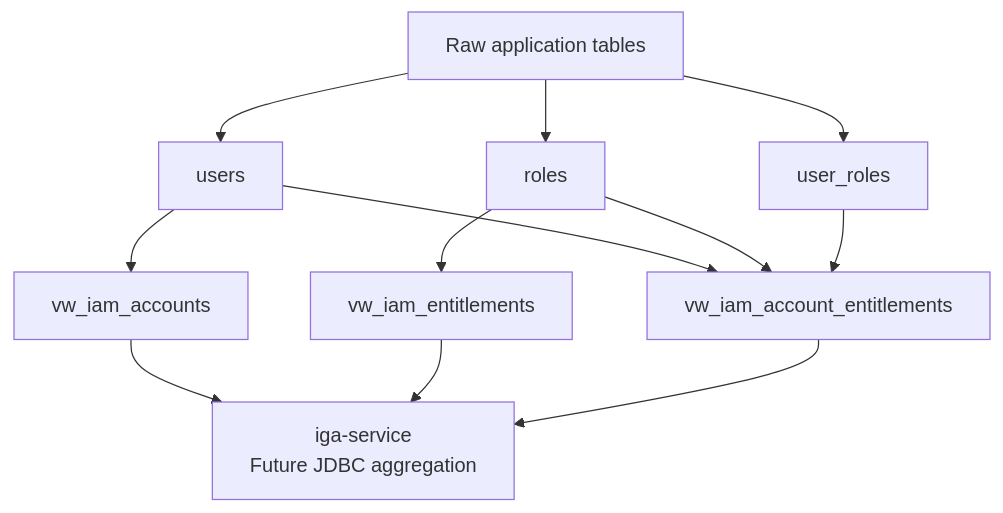
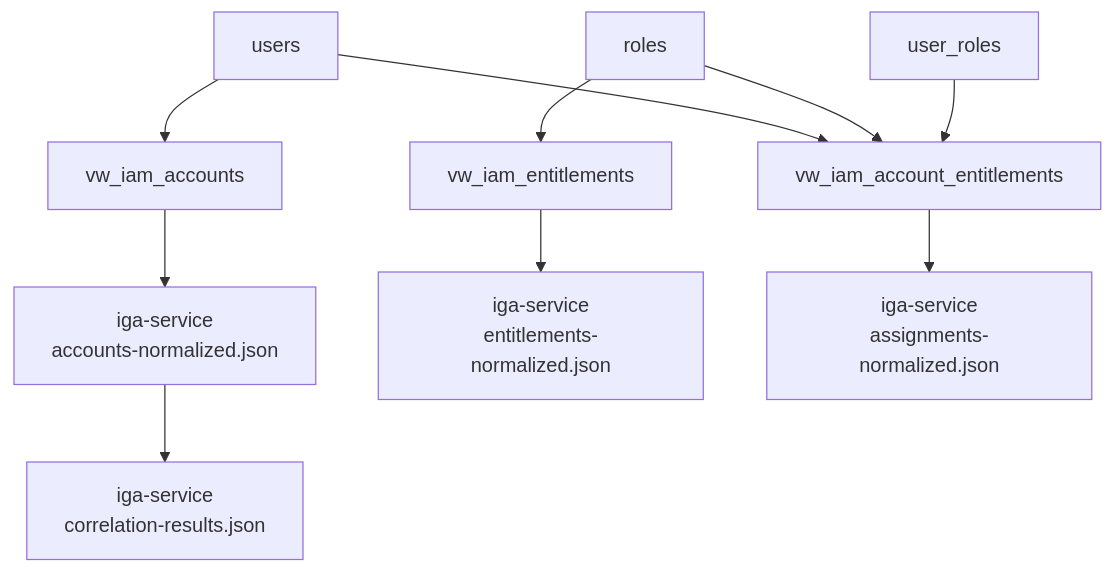
The second of 8 diagrams in apps/jdbc-target/docs/diagrams.md (i-m-rish/luffy), drawn with Mermaid before and after one commit. The commit also changed other lines of this file, not shown here.

Commit message:
Update JDBC diagrams with IGA normalized data flow

````diff
--- a/apps/jdbc-target/docs/diagrams.md
+++ b/apps/jdbc-target/docs/diagrams.md
@@ -32,27 +32,22 @@
 ```mermaid
 flowchart TD
-    RAW[Raw application tables]
     USERS[users]
     ROLES[roles]
     USERROLES[user_roles]
 
     VIEW1[vw_iam_accounts]
     VIEW2[vw_iam_entitlements]
     VIEW3[vw_iam_account_entitlements]
 
-    IGA[iga-service<br/>Future JDBC aggregation]
+    IGA_ACC[iga-service<br/>accounts-normalized.json]
+    IGA_ENT[iga-service<br/>entitlements-normalized.json]
+    IGA_ASN[iga-service<br/>assignments-normalized.json]
+    IGA_CORR[iga-service<br/>correlation-results.json]
 
-    RAW --> USERS
-    RAW --> ROLES
-    RAW --> USERROLES
-
-    USERS --> VIEW1
-    ROLES --> VIEW2
+    USERS --> VIEW1 --> IGA_ACC
+    ROLES --> VIEW2 --> IGA_ENT
     USERS --> VIEW3
     ROLES --> VIEW3
-    USERROLES --> VIEW3
-
-    VIEW1 --> IGA
-    VIEW2 --> IGA
-    VIEW3 --> IGA
+    USERROLES --> VIEW3 --> IGA_ASN
+    IGA_ACC --> IGA_CORR
 ```
````
